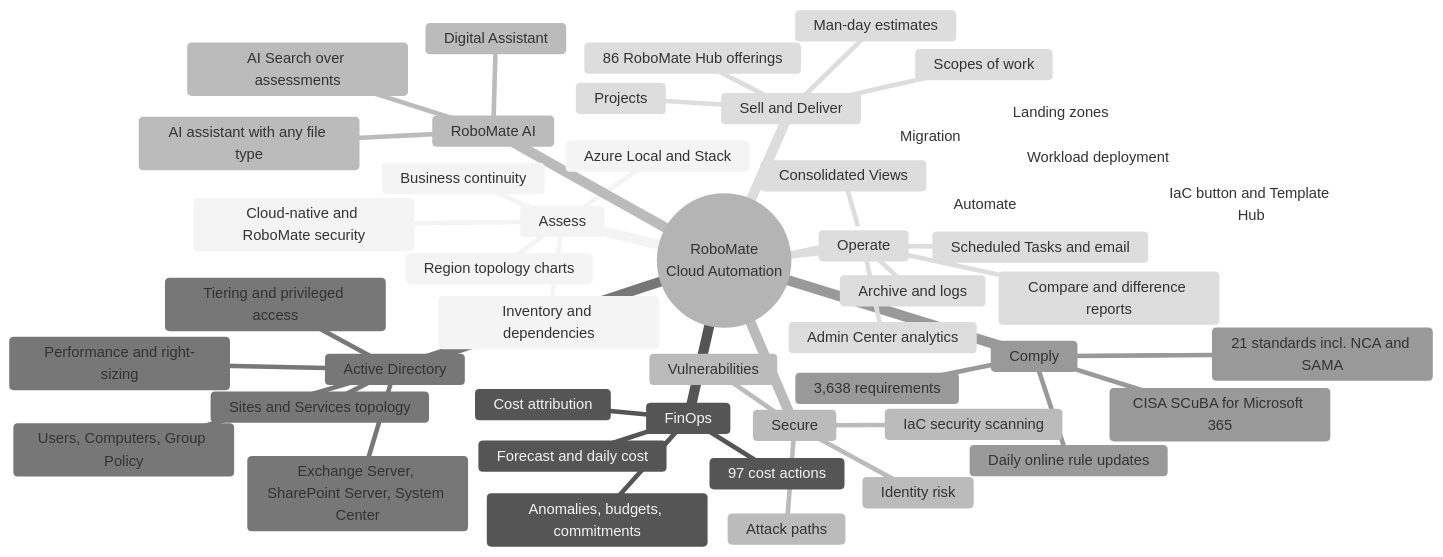
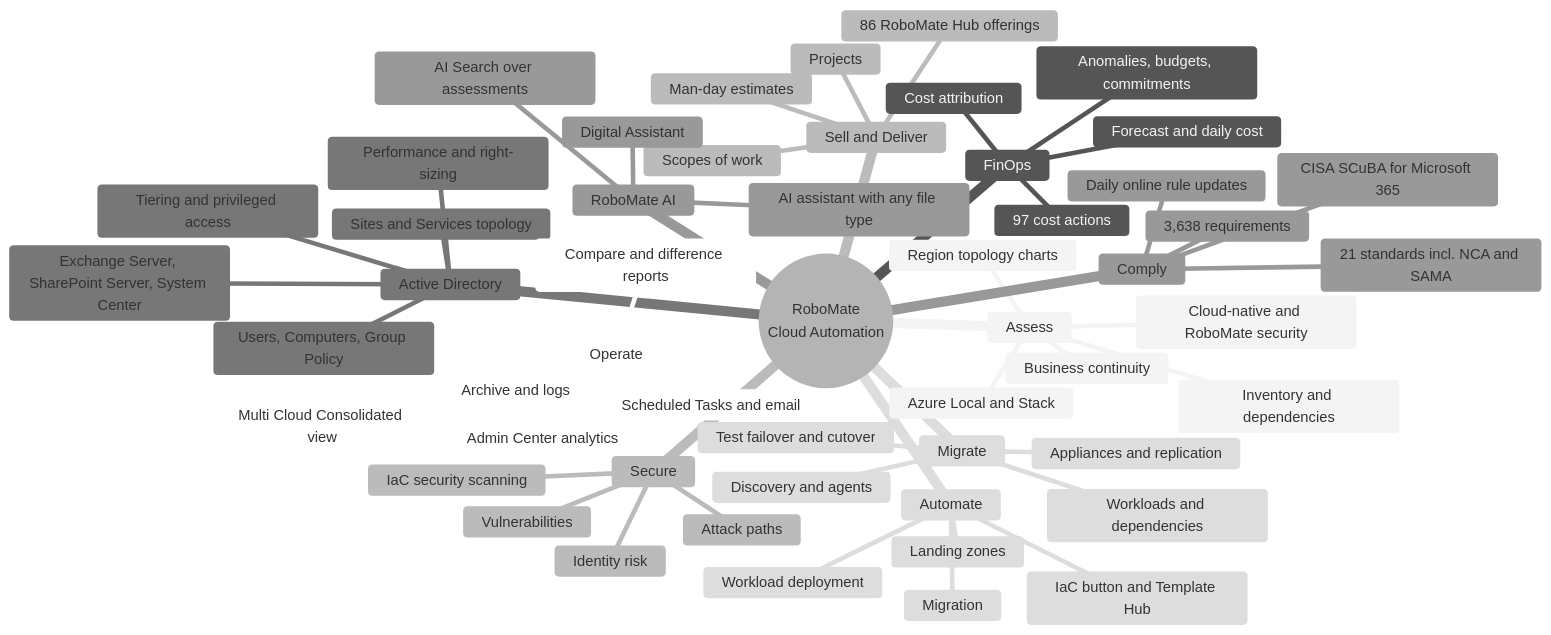
One commit to MarcoFekry/RoboMate-CloudAutomation changed the first of 14 diagrams in README.md. Above: the diagram before and after it, drawn with Mermaid (neutral theme). The commit also changed other lines of this file, not shown here.

````diff
--- a/README.md
+++ b/README.md
@@ -96,51 +99,56 @@
 ```mermaid
 mindmap
   root((RoboMate<br/>Cloud Automation))
     Assess
       Inventory and dependencies
       Business continuity
       Cloud-native and RoboMate security
       Region topology charts
       Azure Local and Stack
     FinOps
       Forecast and daily cost
       Cost attribution
       97 cost actions
       Anomalies, budgets, commitments
     Secure
       IaC security scanning
       Attack paths
       Vulnerabilities
       Identity risk
     Active Directory
       Users, Computers, Group Policy
       Tiering and privileged access
       Sites and Services topology
       Exchange Server, SharePoint Server, System Center
       Performance and right-sizing
     Comply
       21 standards incl. NCA and SAMA
       3,638 requirements
       CISA SCuBA for Microsoft 365
       Daily online rule updates
+    Migrate
+      Discovery and agents
+      Workloads and dependencies
+      Appliances and replication
+      Test failover and cutover
     Operate
-      Consolidated Views
+      Multi Cloud Consolidated view
       Scheduled Tasks and email
       Compare and difference reports
       Archive and logs
       Admin Center analytics
     Automate
       Landing zones
       Workload deployment
       Migration
       IaC button and Template Hub
     Sell and Deliver
       86 RoboMate Hub offerings
       Scopes of work
       Man-day estimates
       Projects
     RoboMate AI
       AI Search over assessments
       AI assistant with any file type
       Digital Assistant
 ```
````
